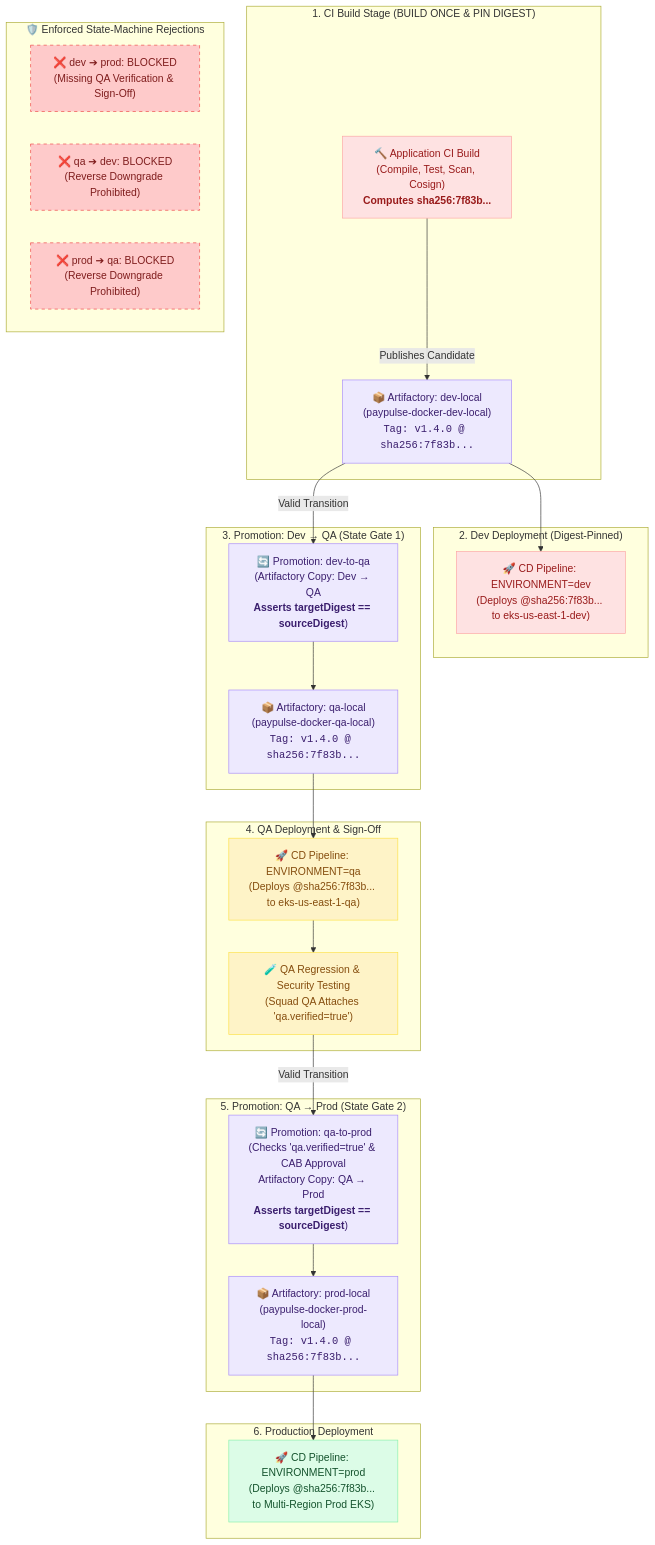
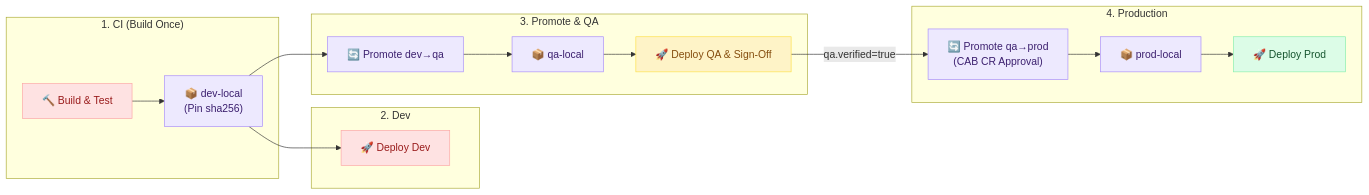
Before and after one commit to devopspilot1/devopspilot1.github.io: the diagram in docs/devops-responsibilities/paypulse-technologies/index.md, drawn with Mermaid. The commit also changed other lines of this file and 2 other files, not shown here.

````diff
--- a/docs/devops-responsibilities/paypulse-technologies/index.md
+++ b/docs/devops-responsibilities/paypulse-technologies/index.md
@@ -235,48 +469,32 @@
 ```mermaid
-graph TD
+graph LR
     classDef dev fill:#fee2e2,stroke:#fca5a5,color:#991b1b
     classDef qa fill:#fef3c7,stroke:#fde047,color:#854d0e
     classDef prod fill:#dcfce7,stroke:#86efac,color:#14532d
     classDef artifactory fill:#ede9fe,stroke:#a78bfa,color:#3b1f6e
-    classDef blocked fill:#fecaca,stroke:#ef4444,color:#7f1d1d,stroke-dasharray: 5 5
 
-    subgraph Step1["1. CI Build Stage (BUILD ONCE & PIN DIGEST)"]
-        CI_BUILD["🔨 Application CI Build<br/>(Compile, Test, Scan, Cosign)<br/><b>Computes sha256:7f83b...</b>"]:::dev
-        DEV_REPO["📦 Artifactory: dev-local<br/>(paypulse-docker-dev-local)<br/><code>Tag: v1.4.0 @ sha256:7f83b...</code>"]:::artifactory
-        CI_BUILD -->|"Publishes Candidate"| DEV_REPO
+    subgraph CI["1. CI (Build Once)"]
+        B["🔨 Build & Test"]:::dev
+        DEV["📦 dev-local<br/>(Pin sha256)"]:::artifactory
+        B --> DEV
     end
 
-    subgraph Step2["2. Dev Deployment (Digest-Pinned)"]
-        DEV_DEPLOY["🚀 CD Pipeline: ENVIRONMENT=dev<br/>(Deploys @sha256:7f83b... to eks-us-east-1-dev)"]:::dev
-        DEV_REPO --> DEV_DEPLOY
+    subgraph CD_DEV["2. Dev"]
+        D_DEV["🚀 Deploy Dev"]:::dev
+        DEV --> D_DEV
     end
 
-    subgraph Step3["3. Promotion: Dev → QA (State Gate 1)"]
-        PROMO_QA["🔄 Promotion: dev-to-qa<br/>(Artifactory Copy: Dev → QA<br/><b>Asserts targetDigest == sourceDigest</b>)"]:::artifactory
-        QA_REPO["📦 Artifactory: qa-local<br/>(paypulse-docker-qa-local)<br/><code>Tag: v1.4.0 @ sha256:7f83b...</code>"]:::artifactory
-        DEV_REPO -->|"Valid Transition"| PROMO_QA --> QA_REPO
+    subgraph QA["3. Promote & QA"]
+        P_QA["🔄 Promote dev→qa"]:::artifactory
+        QA_R["📦 qa-local"]:::artifactory
+        D_QA["🚀 Deploy QA & Sign-Off"]:::qa
+        DEV --> P_QA --> QA_R --> D_QA
     end
 
-    subgraph Step4["4. QA Deployment & Sign-Off"]
-        QA_DEPLOY["🚀 CD Pipeline: ENVIRONMENT=qa<br/>(Deploys @sha256:7f83b... to eks-us-east-1-qa)"]:::qa
-        QA_TEST["🧪 QA Regression & Security Testing<br/>(Squad QA Attaches 'qa.verified=true')"]:::qa
-        QA_REPO --> QA_DEPLOY --> QA_TEST
-    end
-
-    subgraph Step5["5. Promotion: QA → Prod (State Gate 2)"]
-        PROMO_PROD["🔄 Promotion: qa-to-prod<br/>(Checks 'qa.verified=true' & CAB Approval<br/>Artifactory Copy: QA → Prod<br/><b>Asserts targetDigest == sourceDigest</b>)"]:::artifactory
-        PROD_REPO["📦 Artifactory: prod-local<br/>(paypulse-docker-prod-local)<br/><code>Tag: v1.4.0 @ sha256:7f83b...</code>"]:::artifactory
-        QA_TEST -->|"Valid Transition"| PROMO_PROD --> PROD_REPO
-    end
-
-    subgraph Step6["6. Production Deployment"]
-        PROD_DEPLOY["🚀 CD Pipeline: ENVIRONMENT=prod<br/>(Deploys @sha256:7f83b... to Multi-Region Prod EKS)"]:::prod
-        PROD_REPO --> PROD_DEPLOY
-    end
-
-    subgraph Guardrails["🛡️ Enforced State-Machine Rejections"]
-        BYPASS["❌ dev ➔ prod: BLOCKED<br/>(Missing QA Verification & Sign-Off)"]:::blocked
-        REGRESS1["❌ qa ➔ dev: BLOCKED<br/>(Reverse Downgrade Prohibited)"]:::blocked
-        REGRESS2["❌ prod ➔ qa: BLOCKED<br/>(Reverse Downgrade Prohibited)"]:::blocked
+    subgraph PROD["4. Production"]
+        P_PROD["🔄 Promote qa→prod<br/>(CAB CR Approval)"]:::artifactory
+        PROD_R["📦 prod-local"]:::artifactory
+        D_PROD["🚀 Deploy Prod"]:::prod
+        D_QA -->|"qa.verified=true"| P_PROD --> PROD_R --> D_PROD
     end
 ```
````
